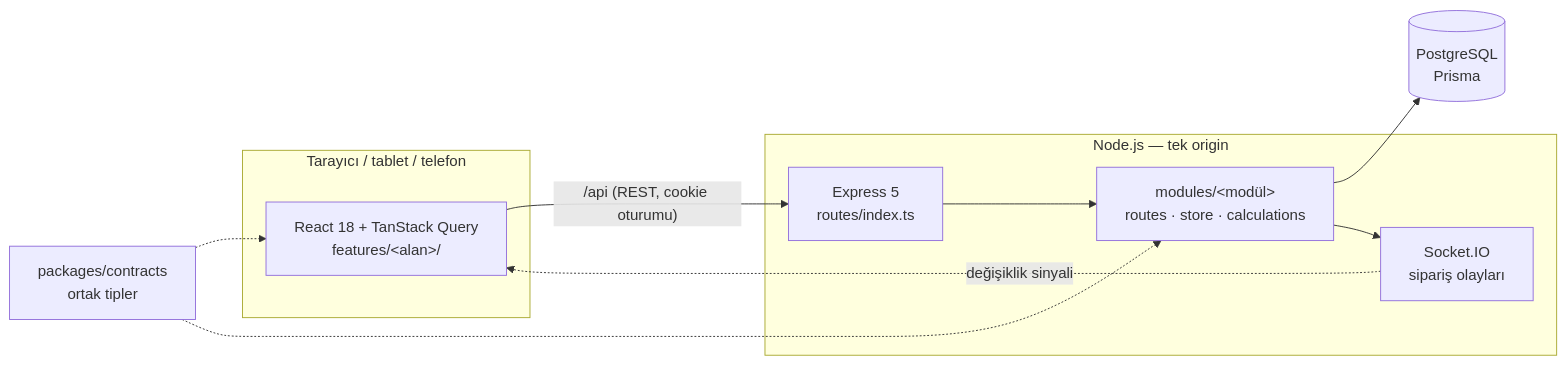
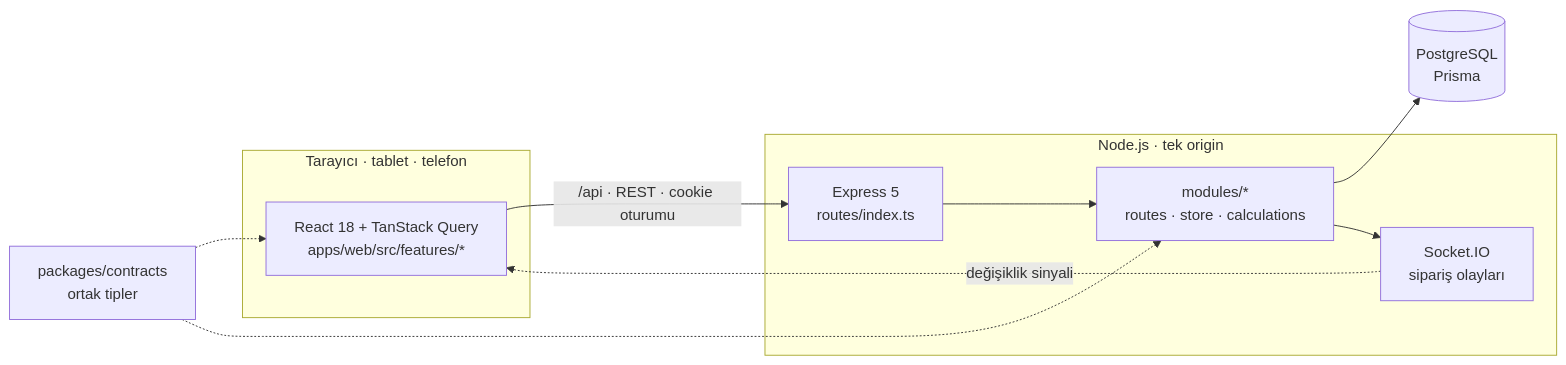
Before and after one commit to salih12s/KafeAdisyonSistemi: the diagram in README.md, drawn with Mermaid. The commit also changed other lines of this file, not shown here.

Commit message:
docs: render the feature grid and architecture diagram cleanly on GitHub

````diff
--- a/README.md
+++ b/README.md
@@ -90,18 +105,20 @@
 ```mermaid
 flowchart LR
-  subgraph Tarayıcı["Tarayıcı / tablet / telefon"]
-    UI["React 18 + TanStack Query<br/>features/&lt;alan&gt;/"]
+  subgraph Client["Tarayıcı · tablet · telefon"]
+    UI["React 18 + TanStack Query<br/>apps/web/src/features/*"]
   end
-  subgraph Sunucu["Node.js — tek origin"]
+  subgraph Server["Node.js · tek origin"]
     API["Express 5<br/>routes/index.ts"]
-    MOD["modules/&lt;modül&gt;<br/>routes · store · calculations"]
+    MOD["modules/*<br/>routes · store · calculations"]
     RT["Socket.IO<br/>sipariş olayları"]
   end
   DB[("PostgreSQL<br/>Prisma")]
   C["packages/contracts<br/>ortak tipler"]
-  UI -- "/api (REST, cookie oturumu)" --> API --> MOD --> DB
-  RT -. "değişiklik sinyali" .-> UI
+  UI -->|"/api · REST · cookie oturumu"| API
+  API --> MOD
+  MOD --> DB
   MOD --> RT
+  RT -.->|değişiklik sinyali| UI
   C -.-> UI
   C -.-> MOD
 ```
````
